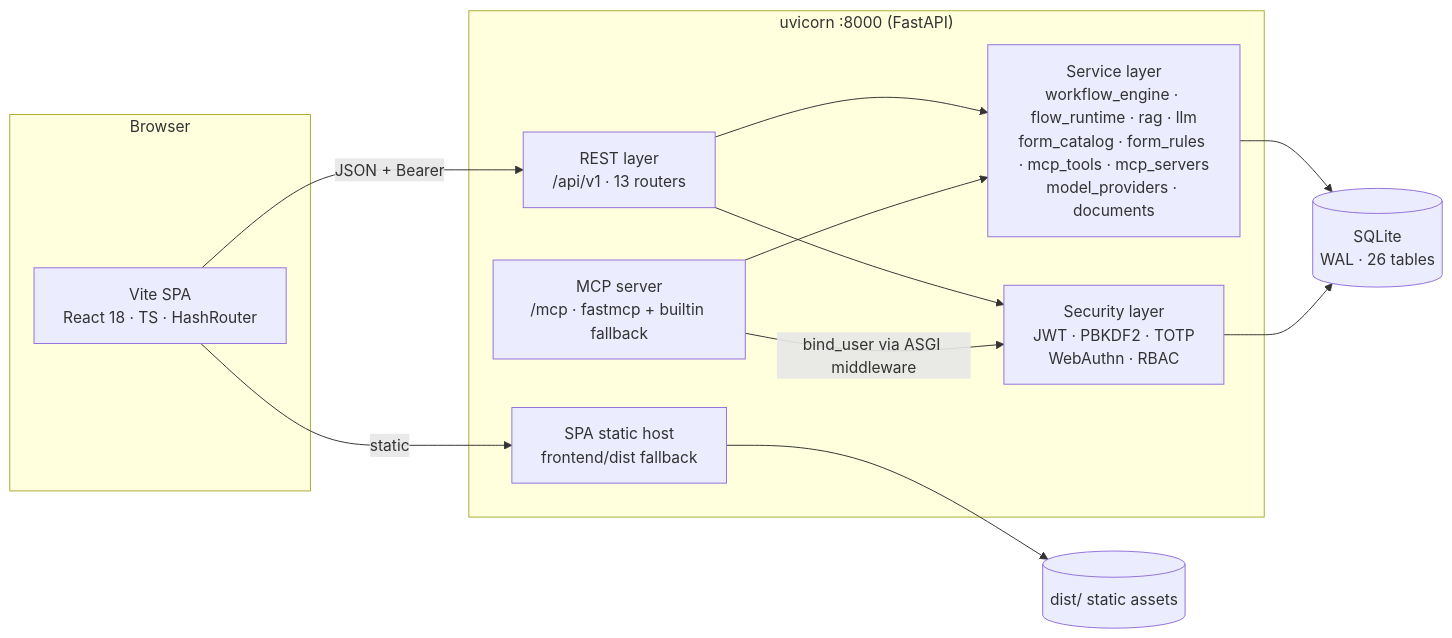
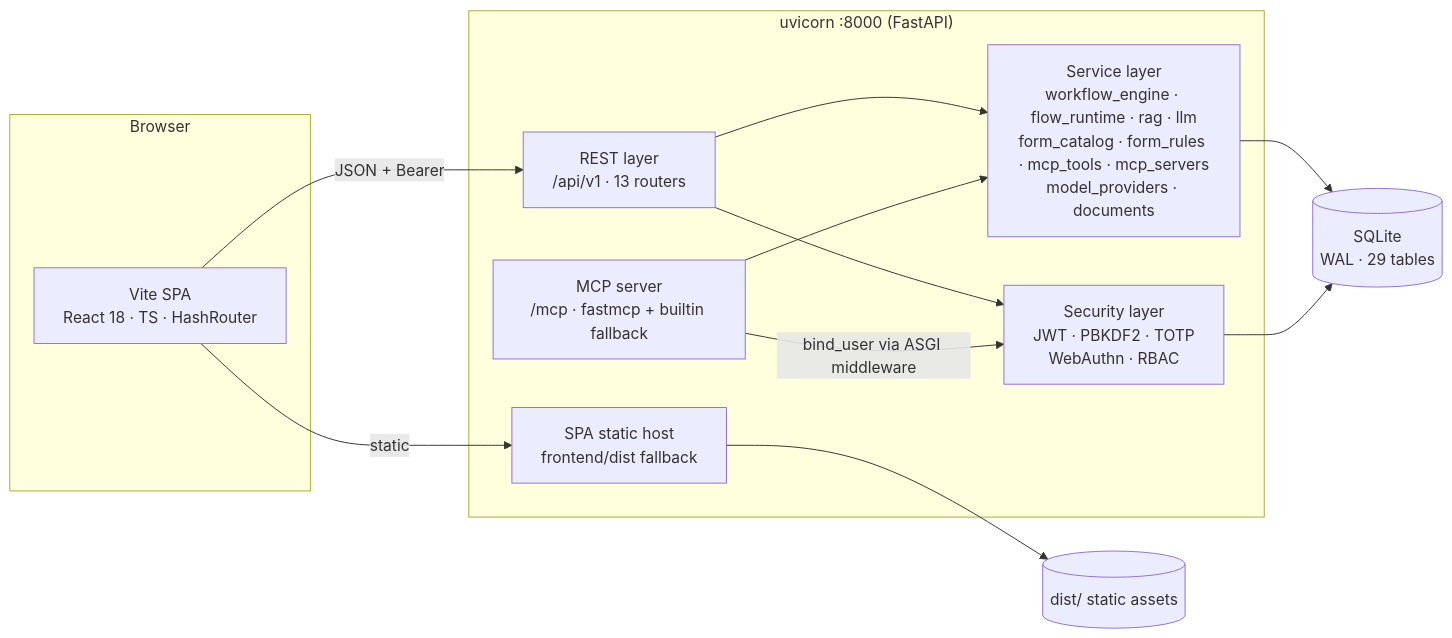
The second of 4 diagrams in docs/architecture.md (liudonghua123/ai-lowcode-platform), drawn with Mermaid before and after one commit. The commit also changed other lines of this file and 44 other files, not shown here.

````diff
--- a/docs/architecture.md
+++ b/docs/architecture.md
@@ -60,25 +60,25 @@
 ```mermaid
 flowchart LR
     subgraph Browser
         SPA[Vite SPA<br/>React 18 · TS · HashRouter]
     end
     subgraph Process["uvicorn :8000 (FastAPI)"]
         API["REST layer<br/>/api/v1 · 13 routers"]
         MCPS["MCP server<br/>/mcp · fastmcp + builtin fallback"]
         SVC["Service layer<br/>workflow_engine · flow_runtime · rag · llm<br/>form_catalog · form_rules · mcp_tools · mcp_servers<br/>model_providers · documents"]
         SEC["Security layer<br/>JWT · PBKDF2 · TOTP<br/>WebAuthn · RBAC"]
         HOST["SPA static host<br/>frontend/dist fallback"]
     end
-    DB[(SQLite<br/>WAL · 26 tables)]
+    DB[(SQLite<br/>WAL · 29 tables)]
     FS[("dist/ static assets")]
 
     SPA -->|JSON + Bearer| API
     SPA -->|static| HOST
     API --> SEC
     API --> SVC
     MCPS -->|bind_user via ASGI middleware| SEC
     MCPS --> SVC
     SVC --> DB
     SEC --> DB
     HOST --> FS
 ```
````
